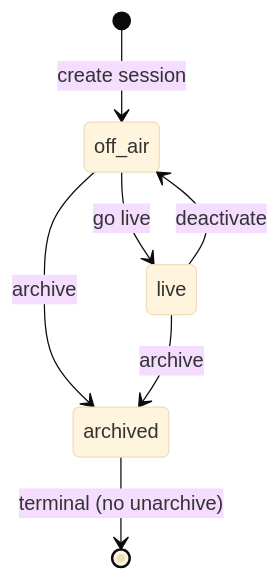
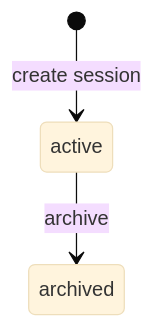
One commit to tflonbusiness/streamhelper changed the diagram in _bmad-output/specs/spec-prize-spin-history-archive/session-status.md. Above: the diagram before and after it, drawn with Mermaid (base theme). The commit also changed other lines of this file and 51 other files, not shown here.

````diff
--- a/_bmad-output/specs/spec-prize-spin-history-archive/session-status.md
+++ b/_bmad-output/specs/spec-prize-spin-history-archive/session-status.md
@@ -21,9 +16,5 @@
 ```mermaid
 stateDiagram-v2
-  [*] --> off_air: create session
-  off_air --> live: go live
-  live --> off_air: deactivate
-  off_air --> archived: archive
-  live --> archived: archive
-  archived --> [*]: terminal (no unarchive)
+  [*] --> active: create session
+  active --> archived: archive
 ```
````
